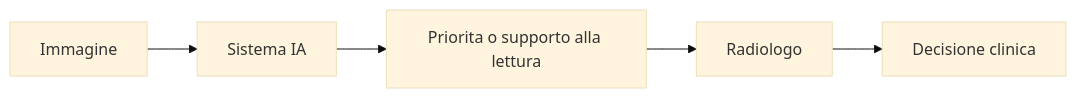
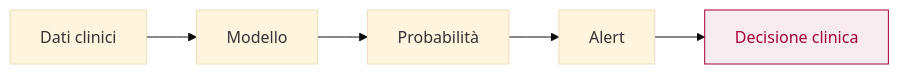
The diagram in slides.md (cremarco/mindful-workshop), drawn with Mermaid (base theme) before and after one commit. The commit also changed other lines of this file and 5 other files, not shown here.

````diff
--- a/slides.md
+++ b/slides.md
@@ -568,7 +469,8 @@
 ```mermaid {theme: 'base', themeVariables: { primaryColor: '#ffffff', primaryBorderColor: '#d9d7d2', primaryTextColor: '#1d1d1f', secondaryColor: '#f3f2ef', tertiaryColor: '#f6f5f2', lineColor: '#a8a6a3', fontFamily: 'SF Pro Display, -apple-system, Helvetica Neue, sans-serif', fontSize: '16px' }}
 flowchart LR
-  A["Immagine"] --> B["Sistema IA"]
-  B --> C["Priorita o supporto alla lettura"]
-  C --> D["Radiologo"]
+  A["Dati clinici"] --> B["Modello"]
+  B --> C["Probabilità"]
+  C --> D["Alert"]
   D --> E["Decisione clinica"]
+  style E fill:#f8ecf0,stroke:#a50036,color:#a50036
 ```
````
